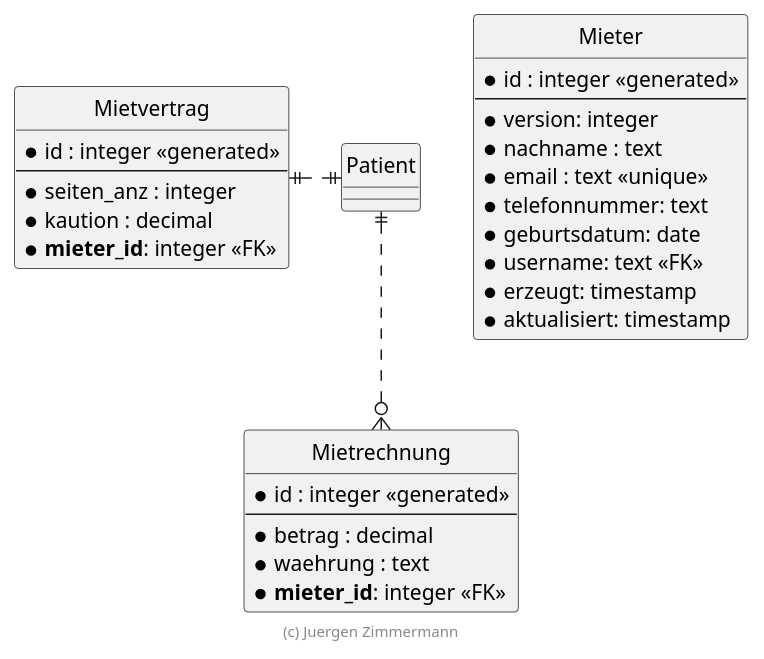
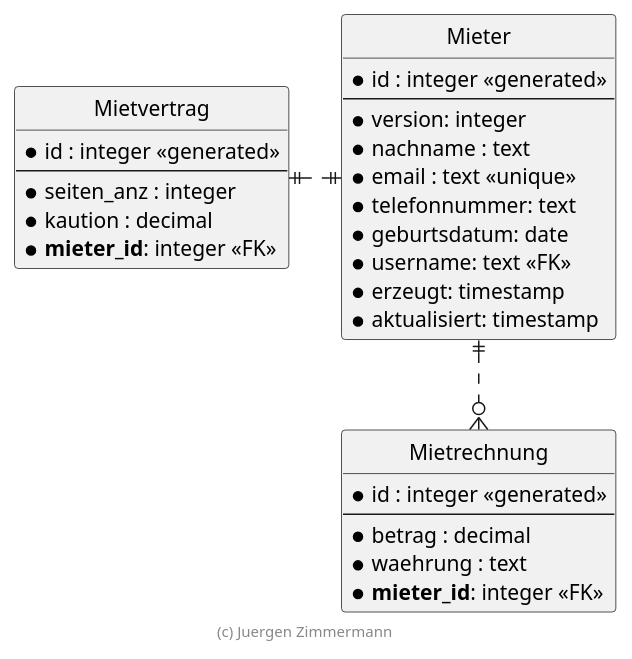
The diagram in docs/diagramme/src/er-diagramm.plantuml (Codechandra1919/fastapi), drawn with PlantUML before and after one commit. The commit also changed 85 other files, not shown here.

```diff
--- a/docs/diagramme/src/er-diagramm.plantuml
+++ b/docs/diagramme/src/er-diagramm.plantuml
@@ -18,43 +18,43 @@
 @startuml ER Diagramm
 
 ' hide the spot
 hide circle
 
 ' evtl. Prbleme mit Kraehenfuessen vermeiden
 skinparam linetype ortho
 
 entity "Mieter" {
   * id : integer <<generated>>
   --
   * version: integer
   * nachname : text
   * email : text <<unique>>
   * telefonnummer: text
   * geburtsdatum: date
   * username: text <<FK>>
   * erzeugt: timestamp
   * aktualisiert: timestamp
 }
 
 entity "Mietvertrag" {
   * id : integer <<generated>>
   --
   * seiten_anz : integer
   * kaution : decimal
   * **mieter_id**: integer <<FK>>
 }
 
 entity "Mietrechnung" {
   * id : integer <<generated>>
   --
   * betrag : decimal
   * waehrung : text
   * **mieter_id**: integer <<FK>>
 }
 
-Patient ||.left.|| Mietvertrag
-Patient ||..o{ Mietrechnung
+Mieter ||.left.|| Mietvertrag
+Mieter ||..o{ Mietrechnung
 
 footer (c) Juergen Zimmermann
 
 @enduml
```
